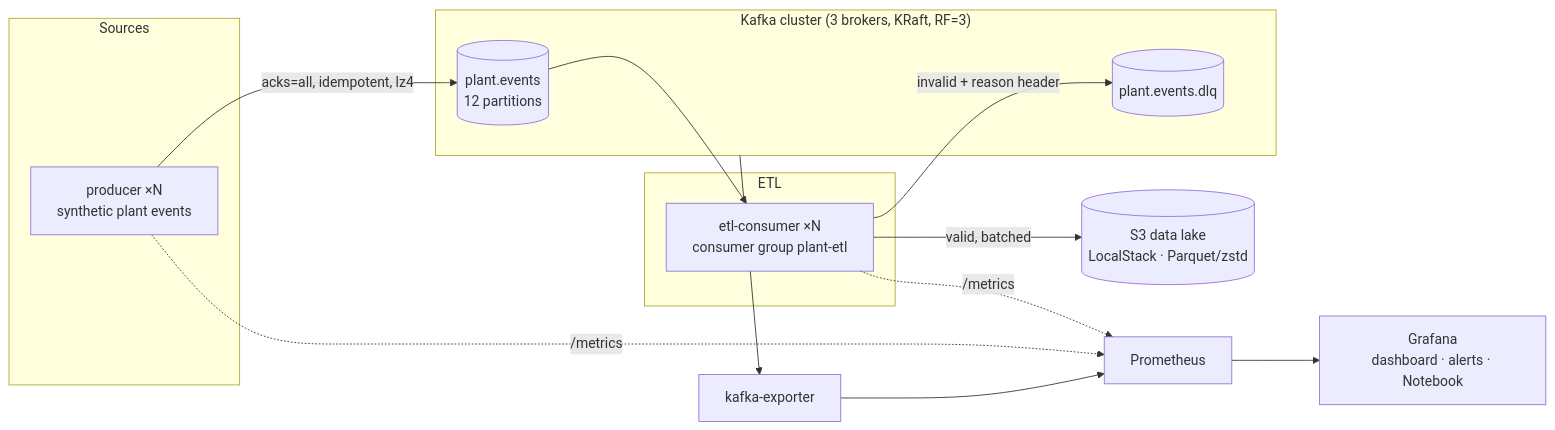
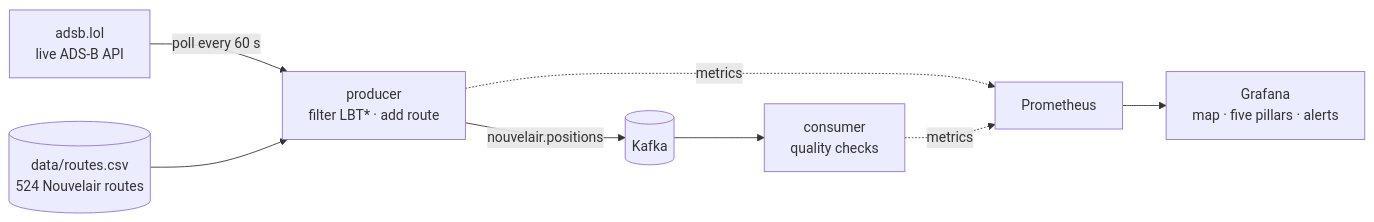
The diagram in README.md (imenbkr/data_observability), drawn with Mermaid before and after one commit. The commit also changed other lines of this file and 18 other files, not shown here.

First line of the commit message:
Switch to real Nouvelair flight data from adsb.lol and simplify the stack

````diff
--- a/README.md
+++ b/README.md
@@ -13,24 +10,10 @@
 ```mermaid
 flowchart LR
-  subgraph Sources
-    P1[producer ×N<br/>synthetic plant events]
-  end
-  subgraph Kafka["Kafka cluster (3 brokers, KRaft, RF=3)"]
-    T[(plant.events<br/>12 partitions)]
-    D[(plant.events.dlq)]
-  end
-  subgraph ETL
-    C[etl-consumer ×N<br/>consumer group plant-etl]
-  end
-  S3[(S3 data lake<br/>LocalStack · Parquet/zstd)]
-  P1 -->|acks=all, idempotent, lz4| T
-  T --> C
-  C -->|valid, batched| S3
-  C -->|invalid + reason header| D
-
-  KE[kafka-exporter] --> PR[Prometheus]
-  P1 -. /metrics .-> PR
-  C -. /metrics .-> PR
-  Kafka --> KE
-  PR --> G[Grafana<br/>dashboard · alerts · Notebook]
+  A[adsb.lol<br/>live ADS-B API] -->|poll every 60 s| P[producer<br/>filter LBT* · add route]
+  R[(data/routes.csv<br/>524 Nouvelair routes)] --> P
+  P -->|nouvelair.positions| K[(Kafka)]
+  K --> C[consumer<br/>quality checks]
+  P -. metrics .-> M[Prometheus]
+  C -. metrics .-> M
+  M --> G[Grafana<br/>map · five pillars · alerts]
 ```
````
